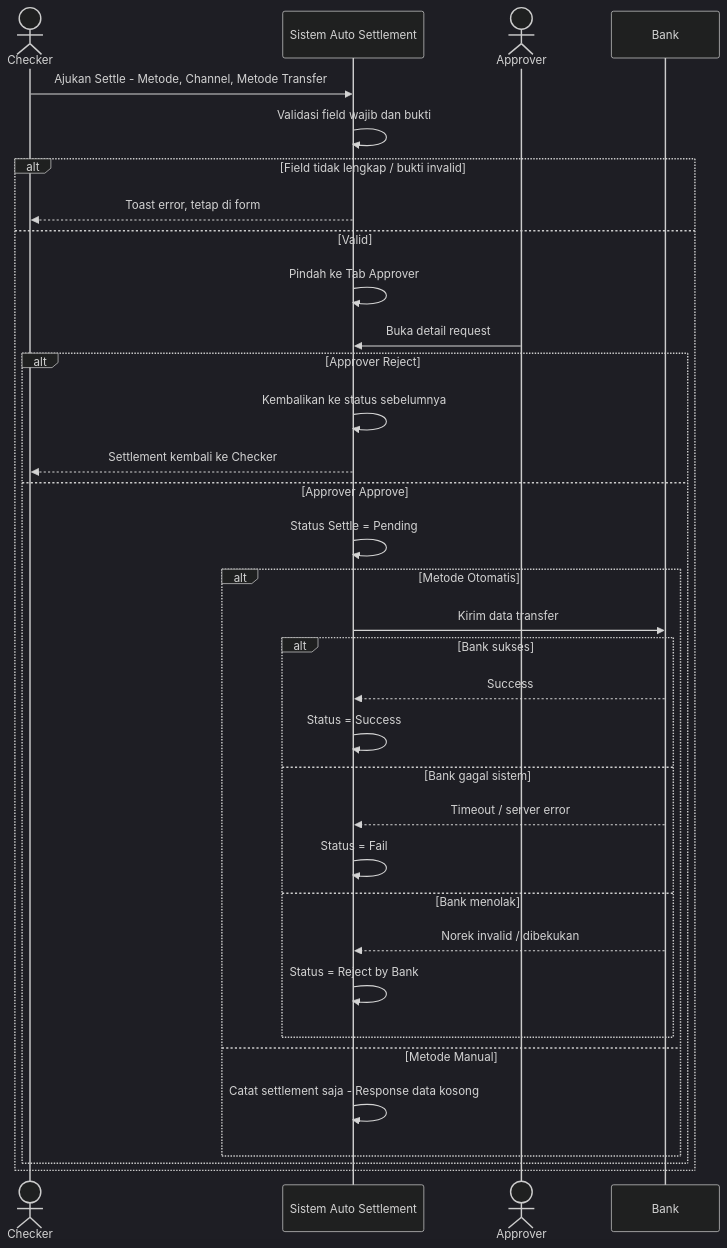
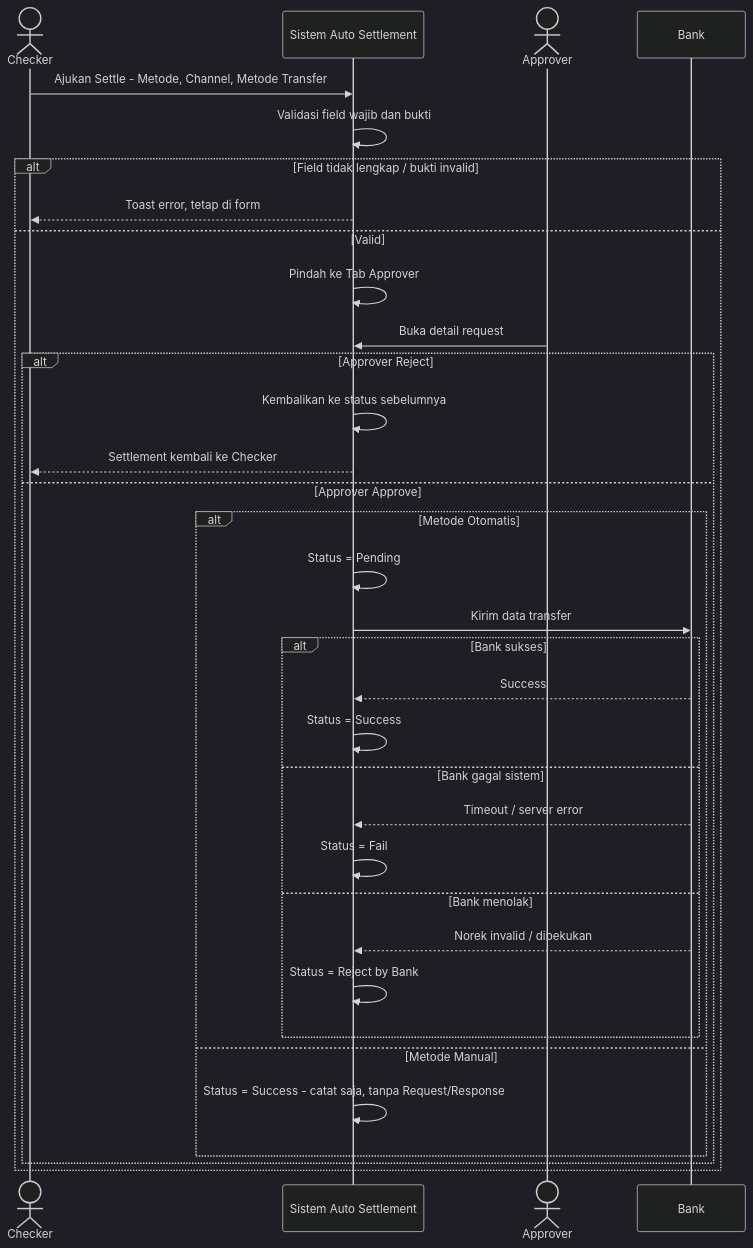
Before and after one commit to paydia-product/mockup-auto-recon: the seventh of 9 diagrams in FLOW-AUTO-SETTLEMENT.md, drawn with Mermaid (dark theme). The commit also changed other lines of this file and 4 other files, not shown here.

First line of the commit message:
Docs: align Auto Settlement flow + Panduan with Manual->Success behavior

````diff
--- a/FLOW-AUTO-SETTLEMENT.md
+++ b/FLOW-AUTO-SETTLEMENT.md
@@ -225,36 +225,36 @@
 ```mermaid
 sequenceDiagram
     actor C as Checker
     participant S as Sistem Auto Settlement
     actor A as Approver
     participant B as Bank
     C->>S: Ajukan Settle - Metode, Channel, Metode Transfer
     S->>S: Validasi field wajib dan bukti
     alt Field tidak lengkap / bukti invalid
         S-->>C: Toast error, tetap di form
     else Valid
         S->>S: Pindah ke Tab Approver
         A->>S: Buka detail request
         alt Approver Reject
             S->>S: Kembalikan ke status sebelumnya
             S-->>C: Settlement kembali ke Checker
         else Approver Approve
-            S->>S: Status Settle = Pending
             alt Metode Otomatis
+                S->>S: Status = Pending
                 S->>B: Kirim data transfer
                 alt Bank sukses
                     B-->>S: Success
                     S->>S: Status = Success
                 else Bank gagal sistem
                     B-->>S: Timeout / server error
                     S->>S: Status = Fail
                 else Bank menolak
                     B-->>S: Norek invalid / dibekukan
                     S->>S: Status = Reject by Bank
                 end
             else Metode Manual
-                S->>S: Catat settlement saja - Response data kosong
+                S->>S: Status = Success - catat saja, tanpa Request/Response
             end
         end
     end
 ```
````
